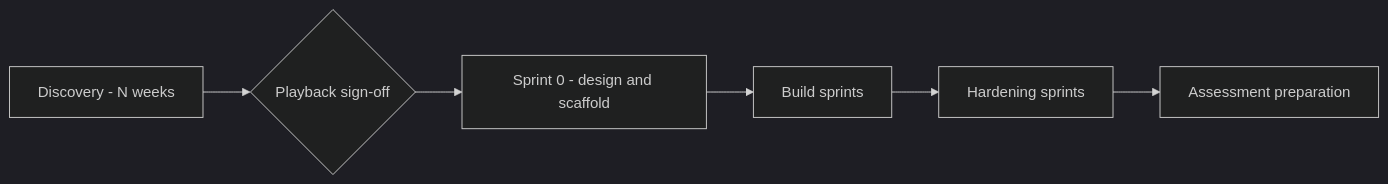
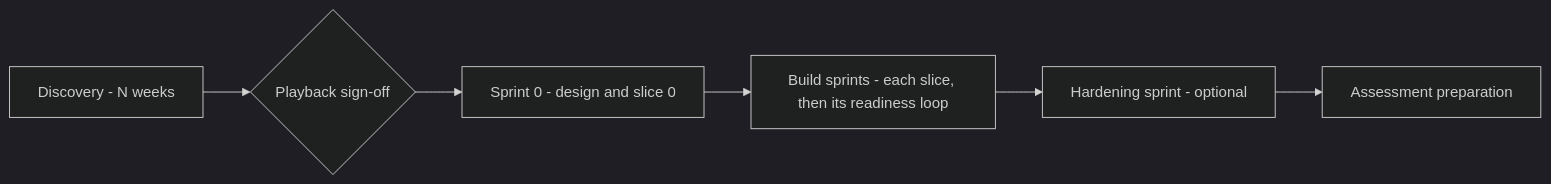
Before and after one commit to marrobi/nhs-alpha-workshop: the diagram in docs/playbooks/multi-week/README.md, drawn with Mermaid (dark theme). The commit also changed other lines of this file and 55 other files, not shown here.

First line of the commit message:
Add diagram export functionality with Mermaid and draw.io support

````diff
--- a/docs/playbooks/multi-week/README.md
+++ b/docs/playbooks/multi-week/README.md
@@ -15,8 +15,8 @@
 ```mermaid
 flowchart LR
     D[Discovery - N weeks] --> G{Playback sign-off}
-    G --> S0[Sprint 0 - design and scaffold]
-    S0 --> B[Build sprints]
-    B --> H[Hardening sprints]
+    G --> S0[Sprint 0 - design and slice 0]
+    S0 --> B[Build sprints - each slice, then its readiness loop]
+    B --> H[Hardening sprint - optional]
     H --> A[Assessment preparation]
 ```
````
